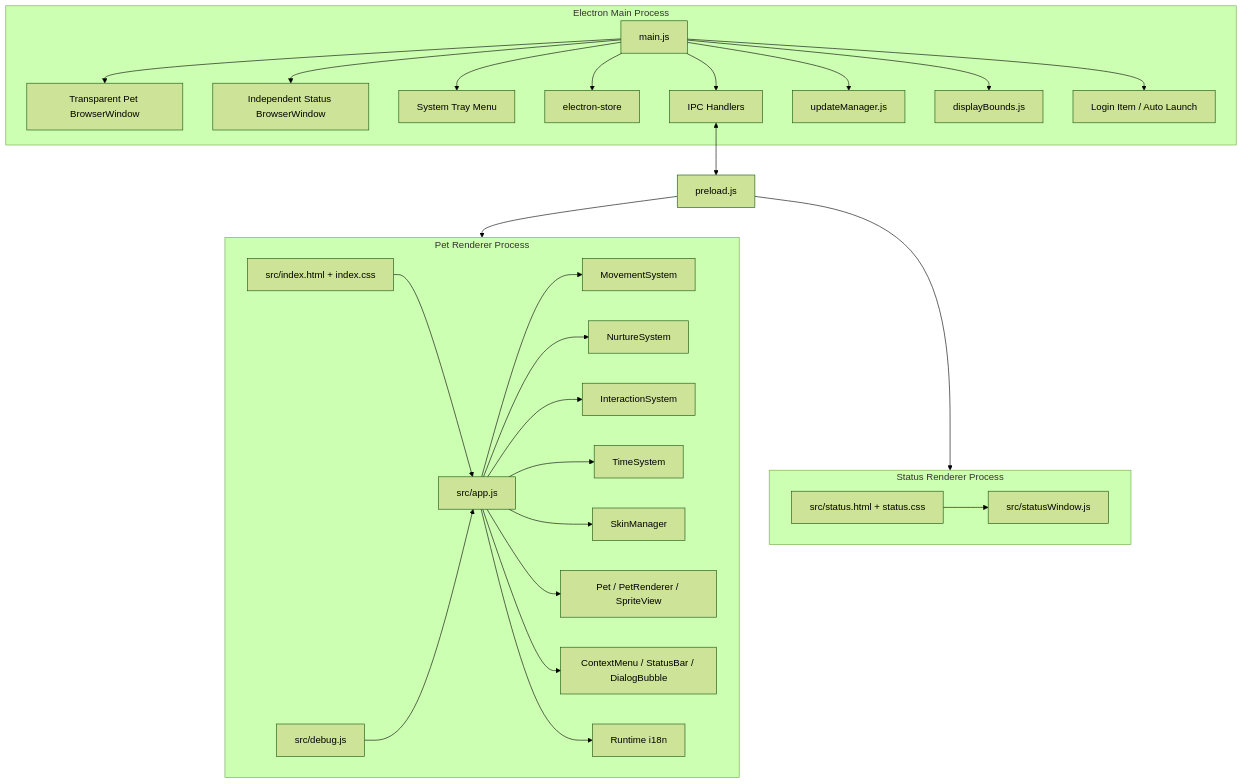
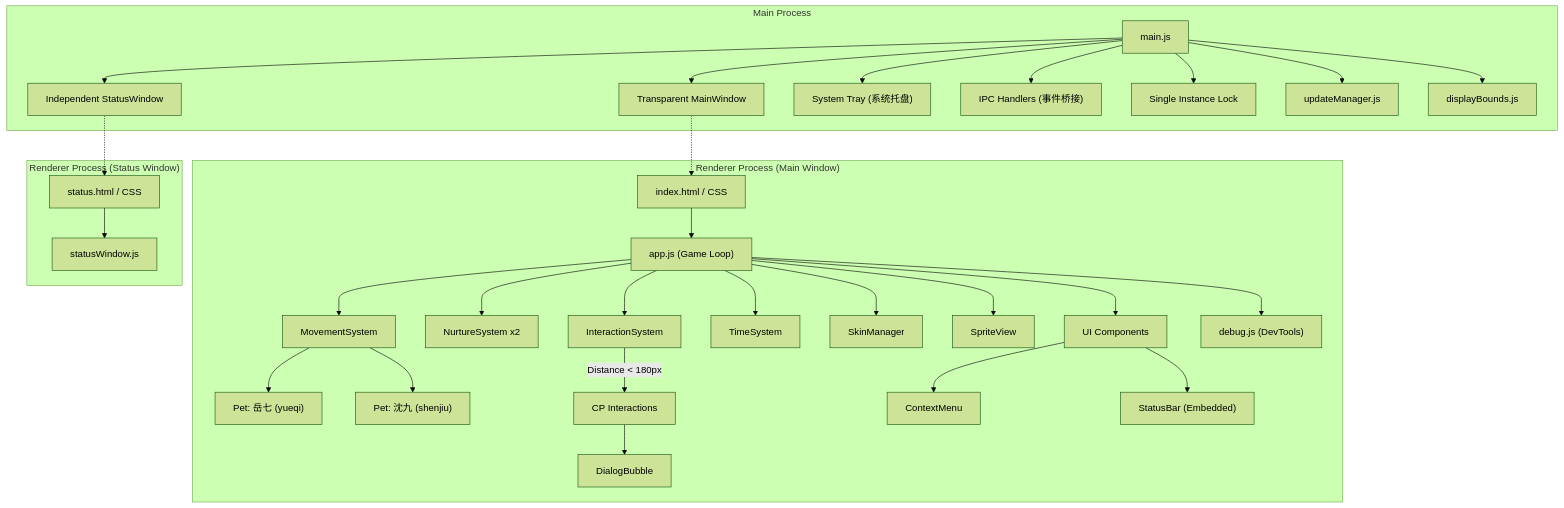
One commit to HuihuiDreams/qijiu-desktop-pet changed the diagram in docs/structure.md. Above: the diagram before and after it, drawn with Mermaid (forest theme). The commit also changed other lines of this file and 11 other files, not shown here.

Commit message:
docs: update structure.md and fix mermaid syntax

````diff
--- a/docs/structure.md
+++ b/docs/structure.md
@@ -11,35 +9,42 @@
 ```mermaid
 graph TB
-    subgraph Main["Electron Main Process"]
-        MainJs["main.js"]
-        MainJs --> PetWindow["Transparent Pet BrowserWindow"]
-        MainJs --> StatusWindow["Independent Status BrowserWindow"]
-        MainJs --> Tray["System Tray Menu"]
-        MainJs --> Store["electron-store"]
-        MainJs --> IPC["IPC Handlers"]
-        MainJs --> Update["updateManager.js"]
-        MainJs --> Bounds["displayBounds.js"]
-        MainJs --> AutoLaunch["Login Item / Auto Launch"]
+    subgraph "Main Process"
+        Main["main.js"] --> Window["Transparent MainWindow"]
+        Main --> StatusWin["Independent StatusWindow"]
+        Main --> Tray["System Tray (系统托盘)"]
+        Main --> IPC["IPC Handlers (事件桥接)"]
+        Main --> Lock["Single Instance Lock"]
+        Main --> Update["updateManager.js"]
+        Main --> DBounds["displayBounds.js"]
+    end
+    
+    subgraph "Renderer Process (Main Window)"
+        HTML["index.html / CSS"] --> App["app.js (Game Loop)"]
+        
+        App --> Move["MovementSystem"]
+        App --> Nurture["NurtureSystem x2"]
+        App --> Interact["InteractionSystem"]
+        App --> Time["TimeSystem"]
+        App --> Skin["SkinManager"]
+        App --> Sprite["SpriteView"]
+        
+        Move --> YQ["Pet: 岳七 (yueqi)"]
+        Move --> SJ["Pet: 沈九 (shenjiu)"]
+        
+        Interact -->|Distance < 180px| Events["CP Interactions"]
+        Events --> Bubble["DialogBubble"]
+        
+        App --> UI["UI Components"]
+        UI --> Menu["ContextMenu"]
+        UI --> StatusBar["StatusBar (Embedded)"]
+        
+        App --> Debug["debug.js (DevTools)"]
     end
 
-    subgraph Renderer["Pet Renderer Process"]
-        Index["src/index.html + index.css"] --> App["src/app.js"]
-        App --> Movement["MovementSystem"]
-        App --> Nurture["NurtureSystem"]
-        App --> Interaction["InteractionSystem"]
-        App --> Time["TimeSystem"]
-        App --> Skin["SkinManager"]
-        App --> Pet["Pet / PetRenderer / SpriteView"]
-        App --> UI["ContextMenu / StatusBar / DialogBubble"]
-        App --> I18N["Runtime i18n"]
-        Debug["src/debug.js"] --> App
+    subgraph "Renderer Process (Status Window)"
+        SHTML["status.html / CSS"] --> SApp["statusWindow.js"]
     end
 
-    subgraph Status["Status Renderer Process"]
-        StatusHtml["src/status.html + status.css"] --> StatusJs["src/statusWindow.js"]
-    end
-
-    Preload["preload.js"] --> Renderer
-    Preload --> Status
-    IPC <--> Preload
+    Window -.-> HTML
+    StatusWin -.-> SHTML
 ```
````
